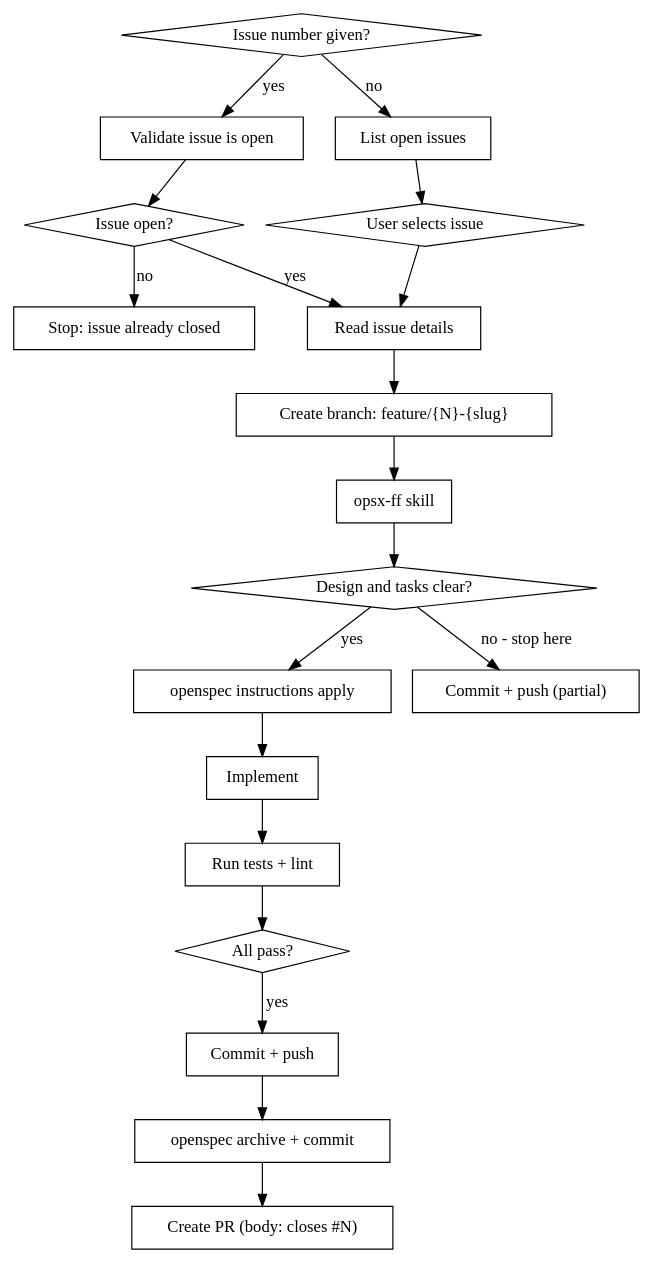
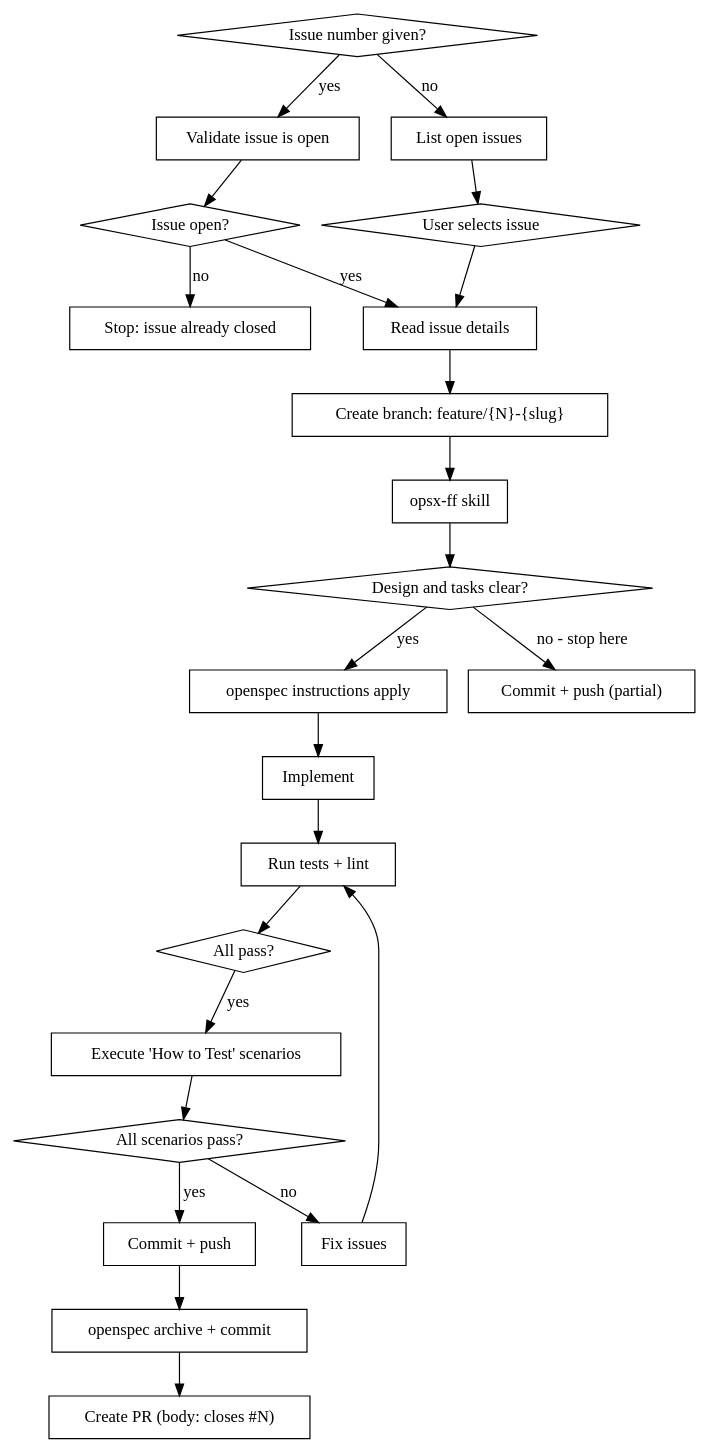
One commit to janbaer/dotfiles changed the diagram in .claude/skills/forgejo-issue/SKILL.md. Above: the diagram before and after it, drawn with Graphviz. The commit also changed other lines of this file, not shown here.

Commit message:
claude ✨: Adding mandatory "How to Test" scenario verification step to skill forgejo-issue

````diff
--- a/.claude/skills/forgejo-issue/SKILL.md
+++ b/.claude/skills/forgejo-issue/SKILL.md
@@ -16,41 +16,48 @@
 ```dot
 digraph issue_workflow {
     "Issue number given?" [shape=diamond];
     "Validate issue is open" [shape=box];
     "Issue open?" [shape=diamond];
     "Stop: issue already closed" [shape=box];
     "List open issues" [shape=box];
     "User selects issue" [shape=diamond];
     "Read issue details" [shape=box];
     "Create branch: feature/{N}-{slug}" [shape=box];
     "opsx-ff skill" [shape=box];
     "Design and tasks clear?" [shape=diamond];
     "openspec instructions apply" [shape=box];
     "Implement" [shape=box];
     "Run tests + lint" [shape=box];
     "All pass?" [shape=diamond];
+    "Execute 'How to Test' scenarios" [shape=box];
+    "All scenarios pass?" [shape=diamond];
+    "Fix issues" [shape=box];
     "Commit + push" [shape=box];
     "openspec archive + commit" [shape=box];
     "Create PR (body: closes #N)" [shape=box];
     "Commit + push (partial)" [shape=box];
 
     "Issue number given?" -> "Validate issue is open" [label="yes"];
     "Issue number given?" -> "List open issues" [label="no"];
     "Validate issue is open" -> "Issue open?" ;
     "Issue open?" -> "Read issue details" [label="yes"];
     "Issue open?" -> "Stop: issue already closed" [label="no"];
     "List open issues" -> "User selects issue";
     "User selects issue" -> "Read issue details";
     "Read issue details" -> "Create branch: feature/{N}-{slug}";
     "Create branch: feature/{N}-{slug}" -> "opsx-ff skill";
     "opsx-ff skill" -> "Design and tasks clear?";
     "Design and tasks clear?" -> "openspec instructions apply" [label="yes"];
     "Design and tasks clear?" -> "Commit + push (partial)" [label="no - stop here"];
     "openspec instructions apply" -> "Implement";
     "Implement" -> "Run tests + lint";
     "Run tests + lint" -> "All pass?";
-    "All pass?" -> "Commit + push" [label="yes"];
+    "All pass?" -> "Execute 'How to Test' scenarios" [label="yes"];
+    "Execute 'How to Test' scenarios" -> "All scenarios pass?";
+    "All scenarios pass?" -> "Commit + push" [label="yes"];
+    "All scenarios pass?" -> "Fix issues" [label="no"];
+    "Fix issues" -> "Run tests + lint";
     "Commit + push" -> "openspec archive + commit";
     "openspec archive + commit" -> "Create PR (body: closes #N)";
 }
 ```
````
